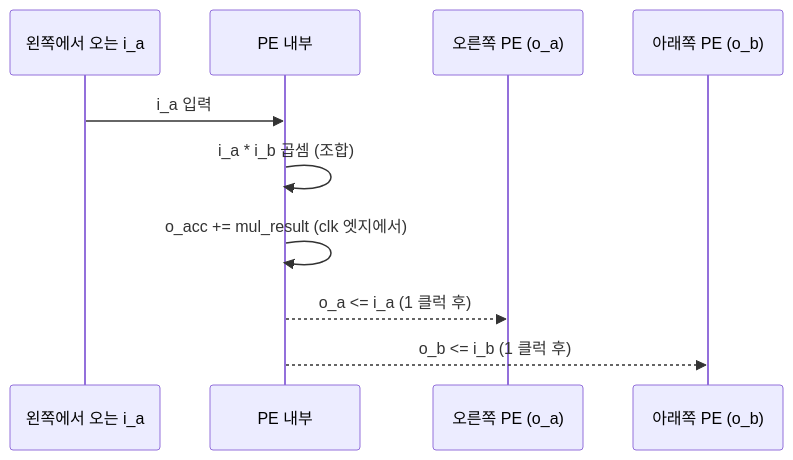
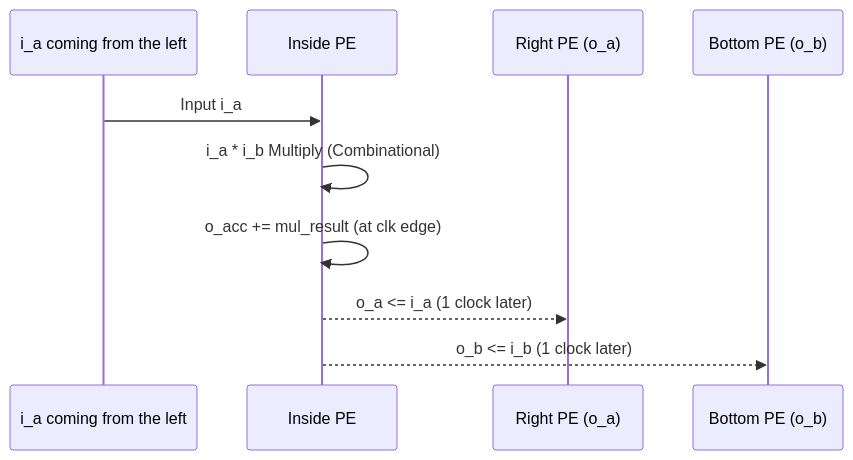
Before and after one commit to hwkim-dev/NPU-FPGA-Transformer-Accelerator-KV260: the second of 2 diagrams in Architecture/PE_Unit.md, drawn with Mermaid. The commit also changed other lines of this file and 9 other files, not shown here.

First line of the commit message:
docs: Fix markdown formatting and translate to English in Architecture folder

````diff
--- a/Architecture/PE_Unit.md
+++ b/Architecture/PE_Unit.md
@@ -69,13 +69,13 @@
 ```mermaid
 sequenceDiagram
-    participant Left as 왼쪽에서 오는 i_a
-    participant PE as PE 내부
-    participant Right as 오른쪽 PE (o_a)
-    participant Bottom as 아래쪽 PE (o_b)
+    participant Left as i_a coming from the left
+    participant PE as Inside PE
+    participant Right as Right PE (o_a)
+    participant Bottom as Bottom PE (o_b)
 
-    Left->>PE: i_a 입력
-    PE->>PE: i_a * i_b 곱셈 (조합)
-    PE->>PE: o_acc += mul_result (clk 엣지에서)
-    PE-->>Right: o_a <= i_a  (1 클럭 후)
-    PE-->>Bottom: o_b <= i_b (1 클럭 후)
+    Left->>PE: Input i_a
+    PE->>PE: i_a * i_b Multiply (Combinational)
+    PE->>PE: o_acc += mul_result (at clk edge)
+    PE-->>Right: o_a <= i_a  (1 clock later)
+    PE-->>Bottom: o_b <= i_b (1 clock later)
 ```
````
